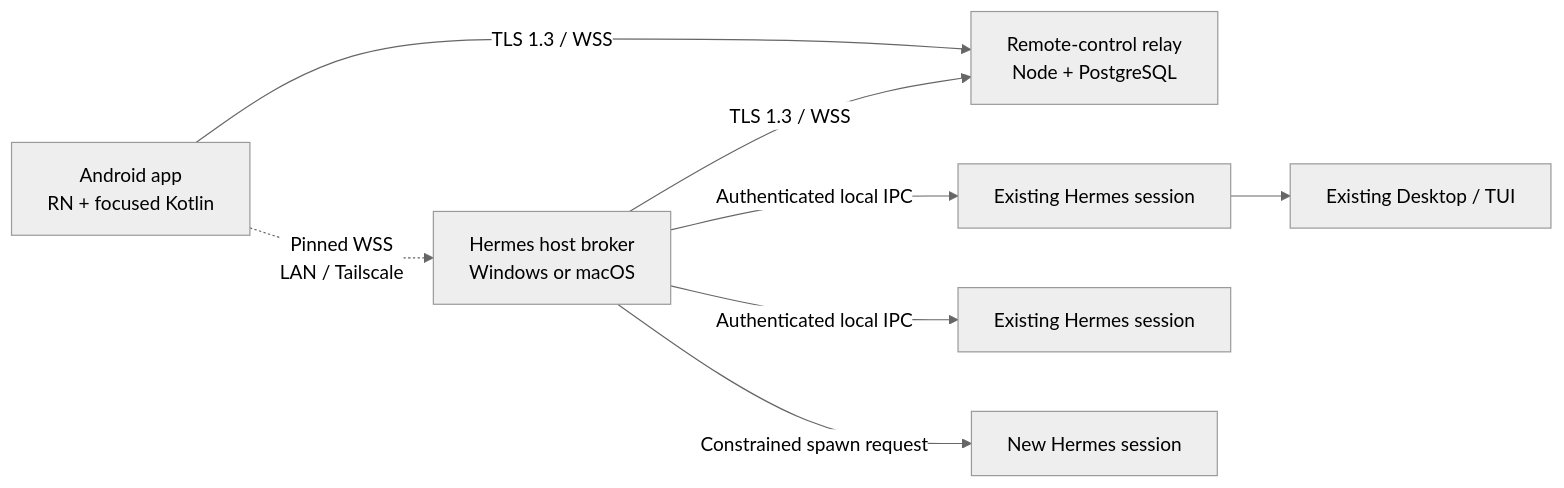
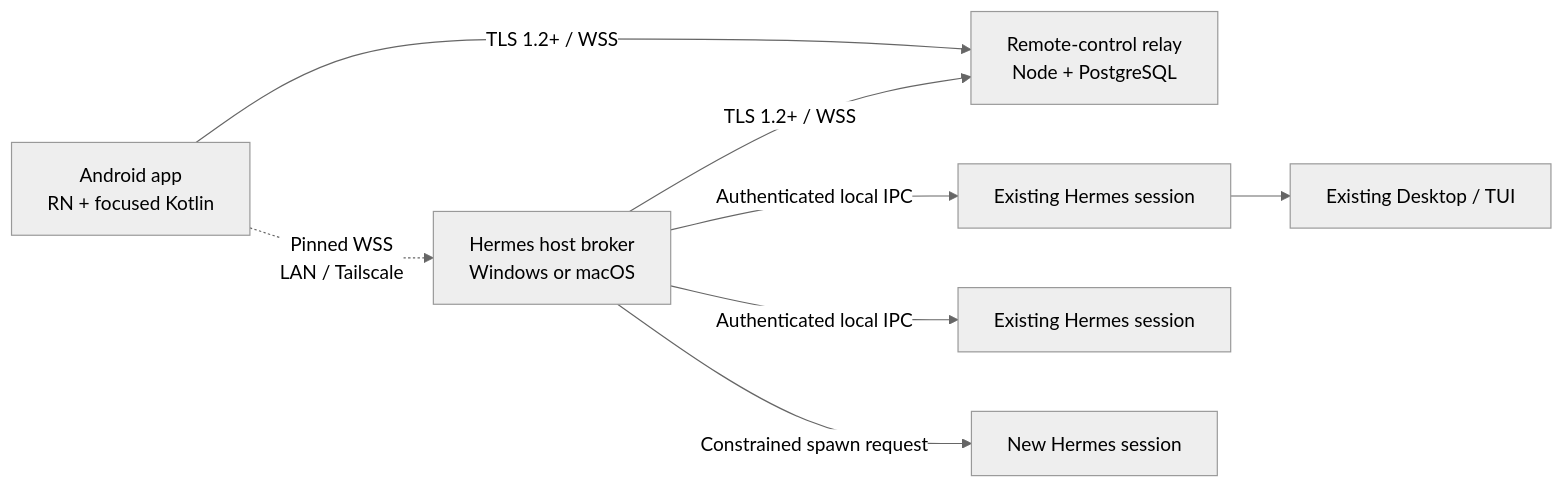
One commit to allwavemedia/hermes-agent-mobile-app changed the diagram in docs/remote-control/00-executive-brief.md. Above: the diagram before and after it, drawn with Mermaid (neutral theme). The commit also changed other lines of this file and 4 other files, not shown here.

Commit message:
docs(remote-control): align TLS policy with Android floor

````diff
--- a/docs/remote-control/00-executive-brief.md
+++ b/docs/remote-control/00-executive-brief.md
@@ -17,10 +17,10 @@
 ```mermaid
 flowchart LR
-    A["Android app\nRN + focused Kotlin"] -->|TLS 1.3 / WSS| R["Remote-control relay\nNode + PostgreSQL"]
-    H["Hermes host broker\nWindows or macOS"] -->|TLS 1.3 / WSS| R
+    A["Android app\nRN + focused Kotlin"] -->|TLS 1.2+ / WSS| R["Remote-control relay\nNode + PostgreSQL"]
+    H["Hermes host broker\nWindows or macOS"] -->|TLS 1.2+ / WSS| R
     A -. "Pinned WSS\nLAN / Tailscale" .-> H
     H -->|Authenticated local IPC| S1["Existing Hermes session"]
     H -->|Authenticated local IPC| S2["Existing Hermes session"]
     H -->|Constrained spawn request| S3["New Hermes session"]
     S1 --> D["Existing Desktop / TUI"]
 ```
````
